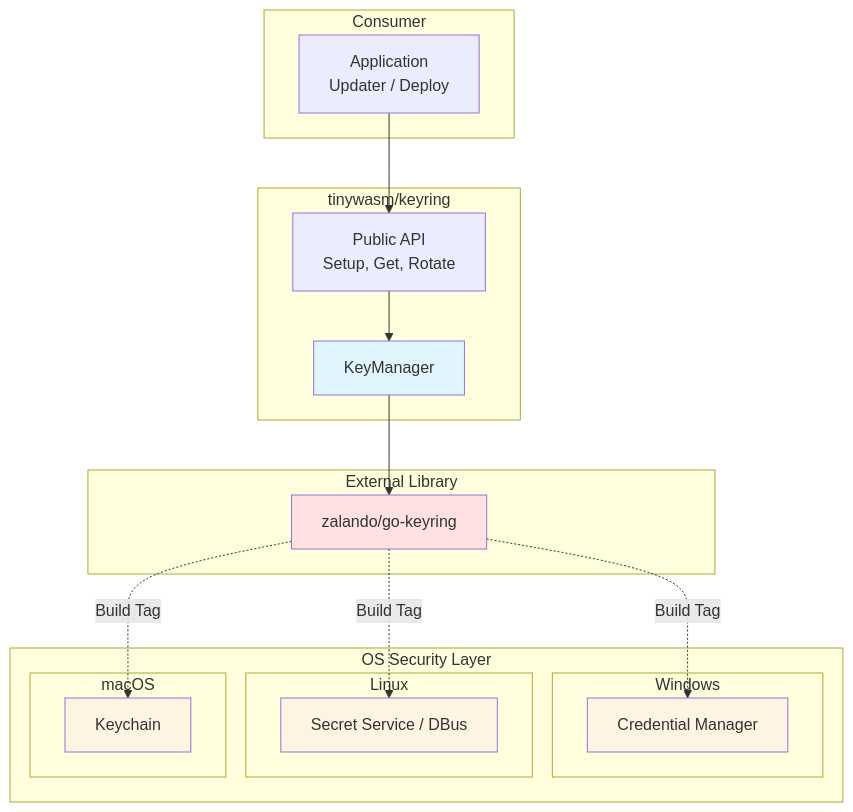
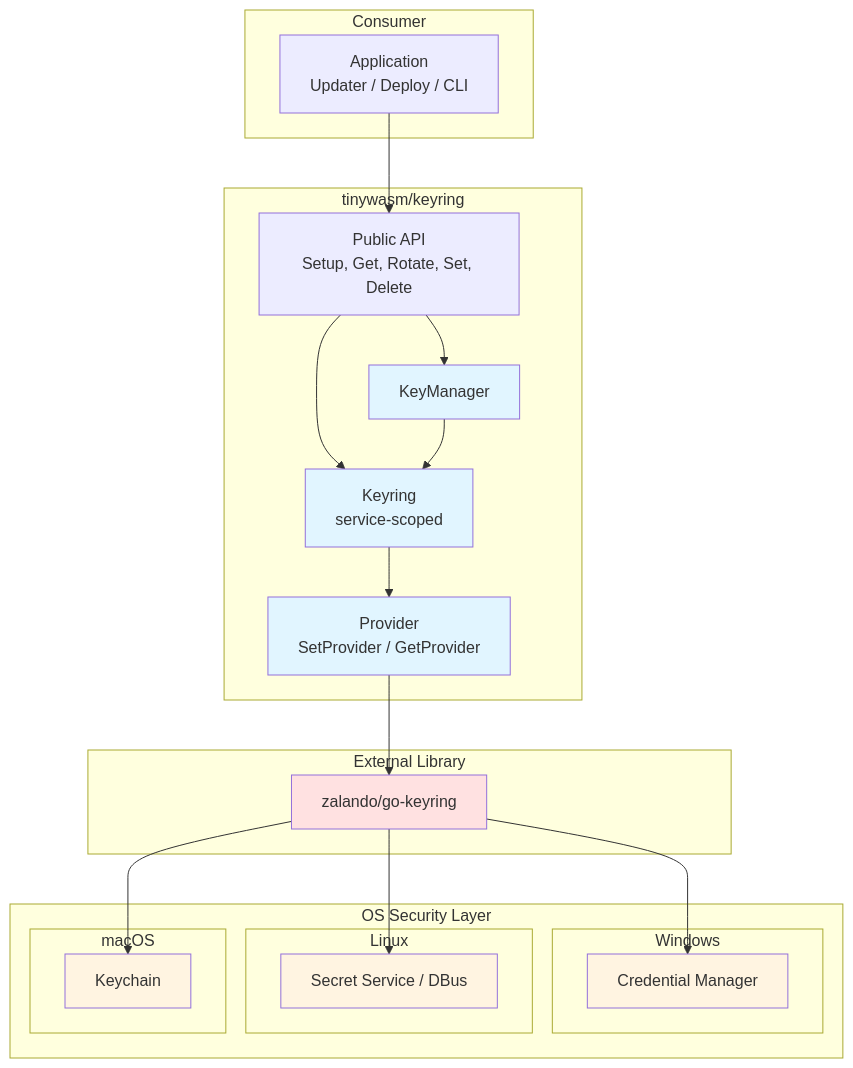
The diagram in docs/keyring-architecture.mermaid (tinywasm/keyring), drawn with Mermaid before and after one commit. The commit also changed 8 other files, not shown here.

First line of the commit message:
feat: generic service-scoped Keyring + injectable Provider; KeyManager on top

```diff
--- a/docs/keyring-architecture.mermaid
+++ b/docs/keyring-architecture.mermaid
@@ -1,38 +1,45 @@
 graph TD
     subgraph "Consumer"
-        APP[Application<br/>Updater / Deploy]
+        APP[Application<br/>Updater / Deploy / CLI]
     end
 
     subgraph "tinywasm/keyring"
         KM[KeyManager]
-        API[Public API<br/>Setup, Get, Rotate]
+        KR[Keyring<br/>service-scoped]
+        API[Public API<br/>Setup, Get, Rotate, Set, Delete]
+        PR[Provider<br/>SetProvider / GetProvider]
     end
 
     subgraph "External Library"
         ZK[zalando/go-keyring]
     end
 
     subgraph "OS Security Layer"
         subgraph "Windows"
             CM[Credential Manager]
         end
         subgraph "Linux"
             SS[Secret Service / DBus]
         end
         subgraph "macOS"
             KC[Keychain]
         end
     end
 
     APP --> API
+    API --> KR
     API --> KM
-    KM --> ZK
-    ZK -.Build Tag.-> CM
-    ZK -.Build Tag.-> SS
-    ZK -.Build Tag.-> KC
+    KM --> KR
+    KR --> PR
+    PR --> ZK
+    ZK --> CM
+    ZK --> SS
+    ZK --> KC
 
+    style KR fill:#e1f5ff
     style KM fill:#e1f5ff
+    style PR fill:#e1f5ff
     style ZK fill:#ffe1e1
     style CM fill:#fff4e1
     style SS fill:#fff4e1
     style KC fill:#fff4e1
```
